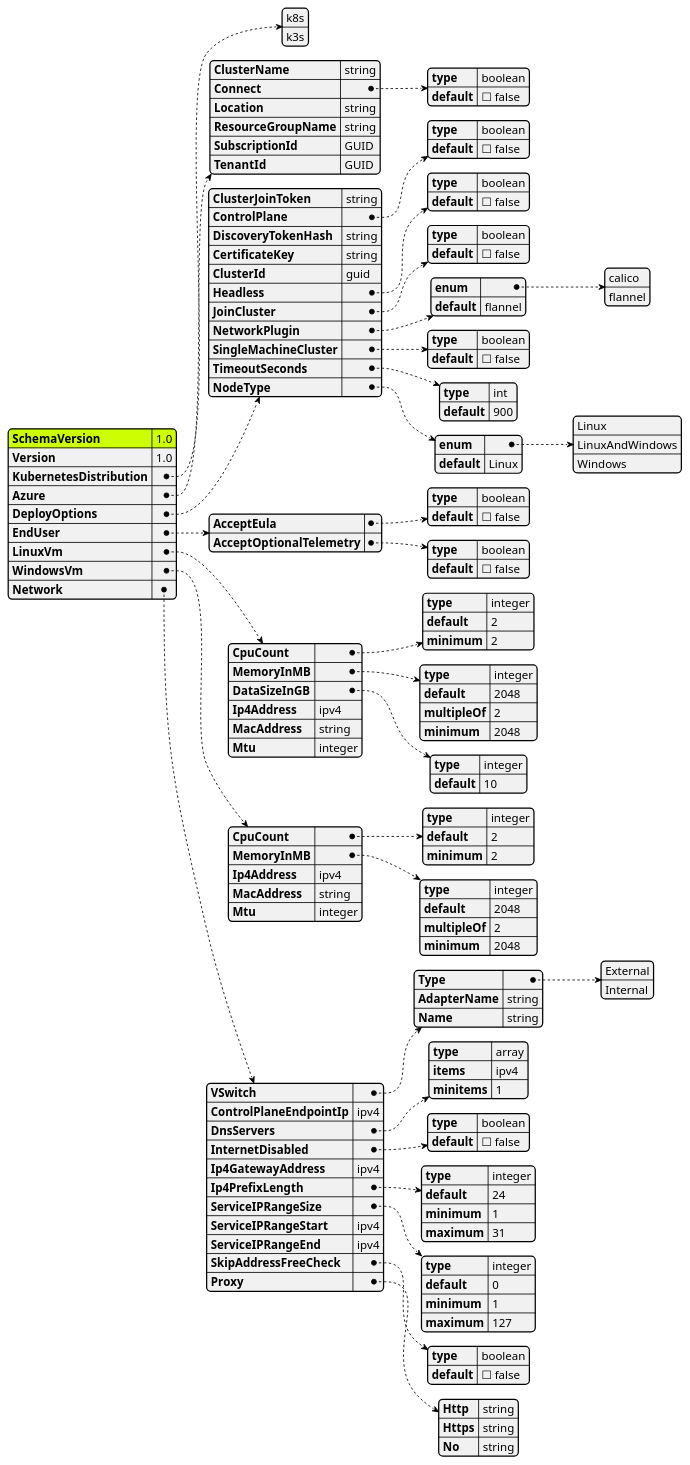
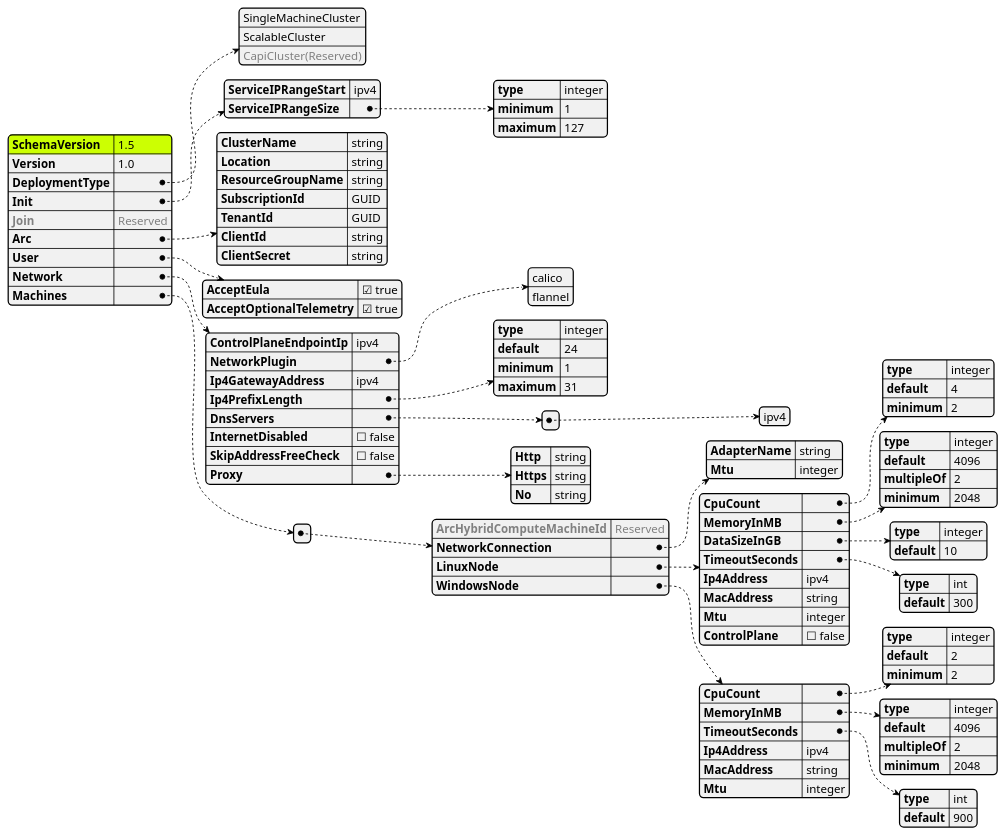
The diagram in AKSEdgeTools/modules/AksEdgeDeploy/aksedge-dc.puml (digitaltwinconsortium/ManufacturingOntologies), drawn with PlantUML before and after one commit. The commit also changed 22 other files, not shown here.

```diff
--- a/AKSEdgeTools/modules/AksEdgeDeploy/aksedge-dc.puml
+++ b/AKSEdgeTools/modules/AksEdgeDeploy/aksedge-dc.puml
@@ -1,177 +1,128 @@
 @startjson AksEdgeSchema
 <style>
 jsonDiagram {
     node {
-        FontName Segoe UI SemiBold
-        FontColor blue
         FontSize 14
         RoundCorner 10
-        LineThickness 1
+        LineThickness 0.5
         separator {
             LineThickness 0.25
-            LineColor black
         }
     }
     arrow {
-        LineColor blue
-        LineThickness 1
-        LineStyle 2;5
+        LineThickness 0.5
+        LineStyle 2;6
     }
     highlight {
-        BackgroundColor Blue
+        BackgroundColor black
         FontColor White
     }
 }
 </style>
 #highlight "SchemaVersion"
 {
-    "SchemaVersion": "1.0",
+    "SchemaVersion": "1.5",
     "Version": "1.0",
-    "KubernetesDistribution": [
-        "k8s",
-        "k3s"
+    "DeploymentType": [
+            "SingleMachineCluster",
+            "ScalableCluster",
+            "<color:gray>CapiCluster(Reserved)"
     ],
-    "Azure": {
+    "Init": {
+        "ServiceIPRangeStart": "ipv4",
+        "ServiceIPRangeSize": {
+            "type": "integer",
+            "minimum" : 1,
+            "maximum" : 127
+        }
+    },
+    "<color:gray>Join":"<color:gray>Reserved",
+    "Arc": {
         "ClusterName": "string",
-        "Connect": {
-            "type": "boolean",
-            "default": false
-        },
         "Location": "string",
         "ResourceGroupName": "string",
         "SubscriptionId": "GUID",
-        "TenantId": "GUID"
+        "TenantId": "GUID",
+        "ClientId": "string",
+        "ClientSecret": "string"
     },
-    "DeployOptions": {
-        "ClusterJoinToken": "string",
-        "ControlPlane": {
-            "type": "boolean",
-            "default": false
-        },
-        "DiscoveryTokenHash": "string",
-        "CertificateKey": "string",
-        "ClusterId": "guid",
-        "Headless": {
-            "type": "boolean",
-            "default": false
-        },
-        "JoinCluster": {
-            "type": "boolean",
-            "default": false
-        },
-        "NetworkPlugin": {
-            "enum": [
+    "User": {
+        "AcceptEula": true,
+        "AcceptOptionalTelemetry": true
+    },
+    "Network": {
+        "ControlPlaneEndpointIp": "ipv4",
+        "NetworkPlugin": [
                 "calico",
                 "flannel"
-            ],
-            "default": "flannel"
-        },
-        "SingleMachineCluster": {
-            "type": "boolean",
-            "default": false
-        },
-        "TimeoutSeconds": {
-            "type": "int",
-            "default": 900
-        },
-        "NodeType": {
-            "enum": [
-                "Linux",
-                "LinuxAndWindows",
-                "Windows"
-            ],
-            "default": "Linux"
-        }
-    },
-    "EndUser": {
-        "AcceptEula": {
-            "type": "boolean",
-            "default": false
-        },
-        "AcceptOptionalTelemetry": {
-            "type": "boolean",
-            "default": false
-        }
-    },
-    "LinuxVm": {
-        "CpuCount": {
-            "type": "integer",
-            "default": 2,
-            "minimum": 2
-        },
-        "MemoryInMB": {
-            "type": "integer",
-            "default": 2048,
-            "multipleOf": 2,
-            "minimum": 2048
-        },
-        "DataSizeInGB": {
-            "type": "integer",
-            "default": 10
-        },
-        "Ip4Address": "ipv4",
-        "MacAddress": "string",
-        "Mtu": "integer"
-    },
-    "WindowsVm": {
-        "CpuCount": {
-            "type": "integer",
-            "default": 2,
-            "minimum": 2
-        },
-        "MemoryInMB": {
-            "type": "integer",
-            "default": 2048,
-            "multipleOf": 2,
-            "minimum": 2048
-        },
-        "Ip4Address": "ipv4",
-        "MacAddress": "string",
-        "Mtu": "integer"
-    },
-    "Network": {
-        "VSwitch": {
-            "Type": [
-                "External",
-                "Internal"
-            ],
-            "AdapterName": "string",
-            "Name": "string"
-        },
-        "ControlPlaneEndpointIp": "ipv4",
-        "DnsServers": {
-            "type": "array",
-            "items": "ipv4",
-            "minitems": 1
-        },
-        "InternetDisabled": {
-            "type": "boolean",
-            "default": false
-        },
+        ],
         "Ip4GatewayAddress": "ipv4",
         "Ip4PrefixLength": {
             "type": "integer",
             "default": 24,
             "minimum": 1,
             "maximum": 31
         },
-        "ServiceIPRangeSize": {
-            "type": "integer",
-            "default": 0,
-            "minimum": 1,
-            "maximum": 127
-        },
-        "ServiceIPRangeStart": "ipv4",
-        "ServiceIPRangeEnd": "ipv4",
-        "SkipAddressFreeCheck": {
-            "type": "boolean",
-            "default": false
-        },
+        "DnsServers": [["ipv4"]],
+        "InternetDisabled": false,
+        "SkipAddressFreeCheck":false,
         "Proxy": {
             "Http":"string",
             "Https":"string",
             "No":"string"
         }
-    }
+    },
+    "Machines":[{
+        "<color:gray>ArcHybridComputeMachineId":"<color:gray>Reserved",
+        "NetworkConnection":{
+            "AdapterName":"string",
+            "Mtu":"integer"
+        },
+        "LinuxNode":{
+            "CpuCount": {
+                "type": "integer",
+                "default": 4,
+                "minimum": 2
+            },
+            "MemoryInMB": {
+                "type": "integer",
+                "default": 4096,
+                "multipleOf": 2,
+                "minimum": 2048
+            },
+            "DataSizeInGB": {
+                "type": "integer",
+                "default": 10
+            },
+            "TimeoutSeconds": {
+                "type": "int",
+                "default": 300
+            },
+            "Ip4Address": "ipv4",
+            "MacAddress": "string",
+            "Mtu": "integer",
+            "ControlPlane" : false
+        },
+        "WindowsNode":{
+            "CpuCount": {
+                "type": "integer",
+                "default": 2,
+                "minimum": 2
+            },
+            "MemoryInMB": {
+                "type": "integer",
+                "default": 4096,
+                "multipleOf": 2,
+                "minimum": 2048
+            },
+            "TimeoutSeconds": {
+                "type": "int",
+                "default": 900
+            },
+            "Ip4Address": "ipv4",
+            "MacAddress": "string",
+            "Mtu": "integer"
+        }
+    }]
 }
 @endjson
```
